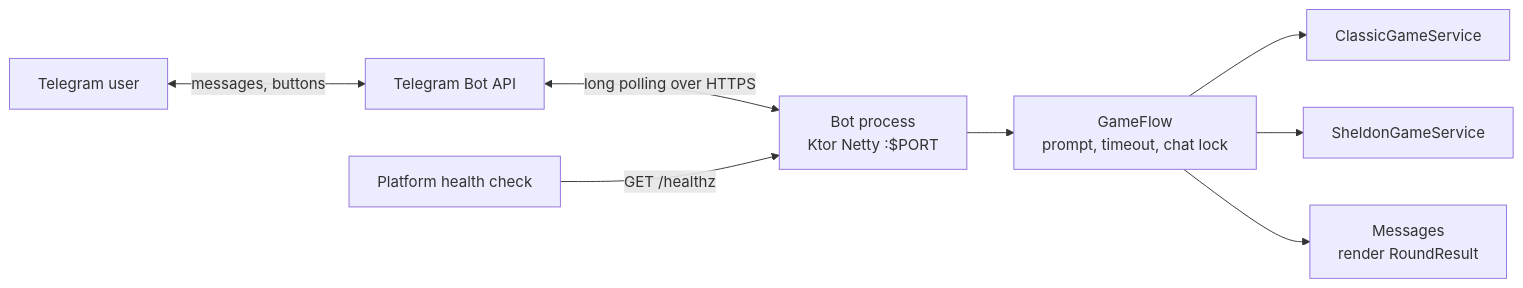
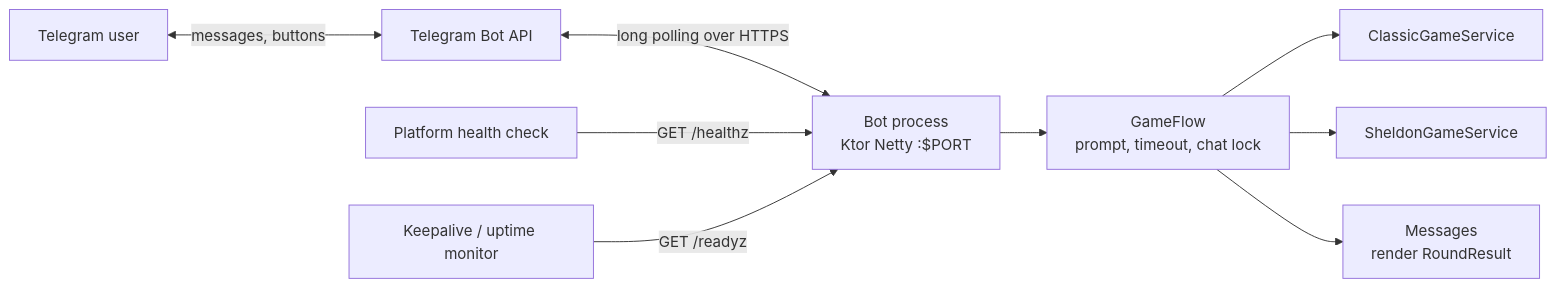
The first of 4 diagrams in docs/ARCHITECTURE.md (Giancarmine/rock-paper-scissors-lizard-spock-bot), drawn with Mermaid before and after one commit. The commit also changed other lines of this file and 12 other files, not shown here.

````diff
--- a/docs/ARCHITECTURE.md
+++ b/docs/ARCHITECTURE.md
@@ -8,10 +8,11 @@
 ```mermaid
 flowchart LR
     User[Telegram user] <-->|messages, buttons| TG[Telegram Bot API]
     TG <-->|long polling over HTTPS| Bot[Bot process<br/>Ktor Netty :$PORT]
     Health[Platform health check] -->|GET /healthz| Bot
+    Monitor[Keepalive / uptime monitor] -->|GET /readyz| Bot
     Bot --> Flow[GameFlow<br/>prompt, timeout, chat lock]
     Flow --> Classic[ClassicGameService]
     Flow --> Sheldon[SheldonGameService]
     Flow --> Messages[Messages<br/>render RoundResult]
 ```
````
